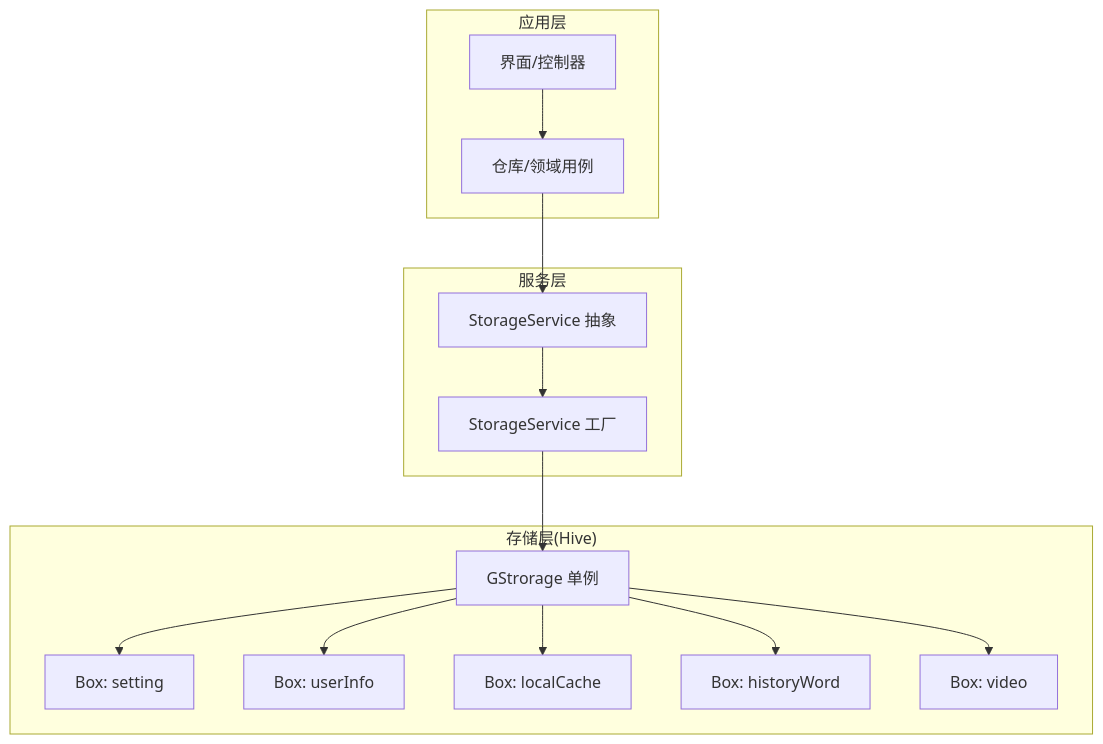
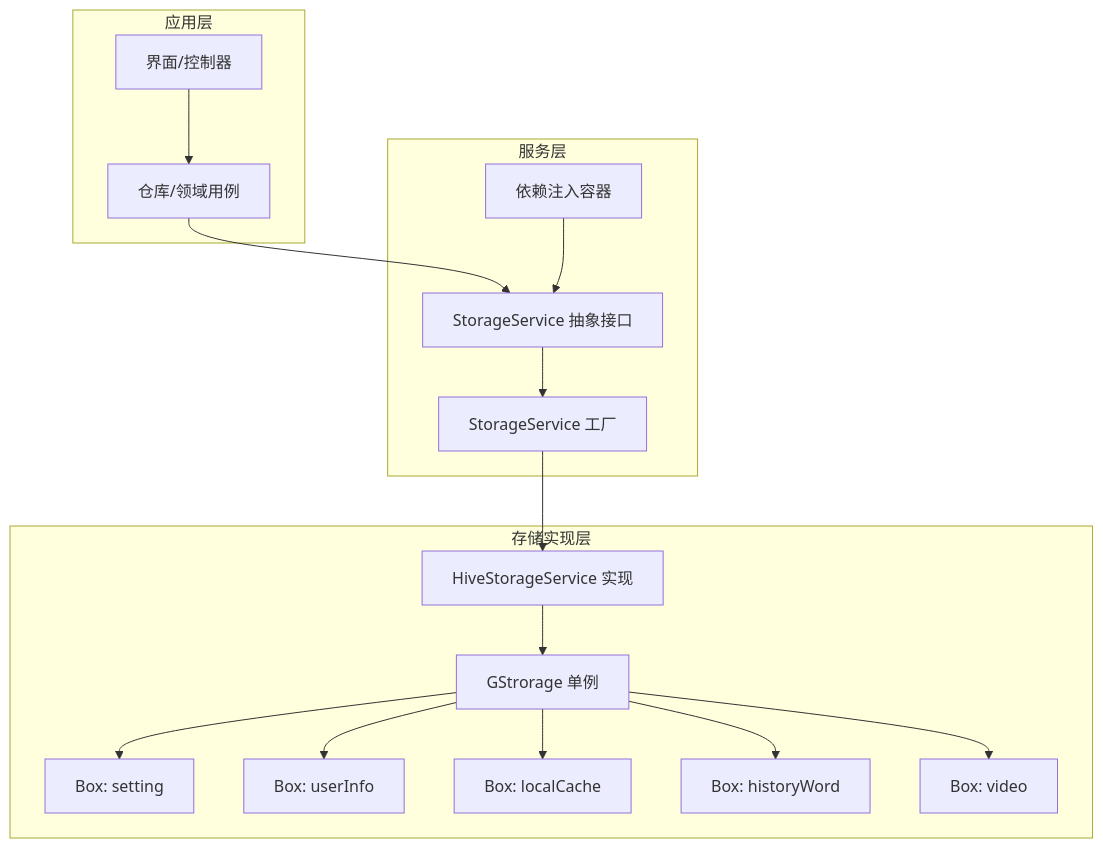
Before and after one commit to justLXX/pilipala: the first of 4 diagrams in .qoder/repowiki/zh/content/架构设计/存储系统.md, drawn with Mermaid. The commit also changed other lines of this file and 194 other files, not shown here.

````diff
--- a/.qoder/repowiki/zh/content/架构设计/存储系统.md
+++ b/.qoder/repowiki/zh/content/架构设计/存储系统.md
@@ -33,28 +42,32 @@
 ```mermaid
 graph TB
 subgraph "应用层"
 UI["界面/控制器"]
 Repo["仓库/领域用例"]
 end
 subgraph "服务层"
-Svc["StorageService 抽象"]
+Svc["StorageService 抽象接口"]
 Factory["StorageService 工厂"]
+DI["依赖注入容器"]
 end
-subgraph "存储层(Hive)"
-Gs["GStrorage 单例"]
+subgraph "存储实现层"
+HiveImpl["HiveStorageService 实现"]
+GStrorage["GStrorage 单例"]
 Box_setting["Box: setting"]
 Box_userInfo["Box: userInfo"]
 Box_localCache["Box: localCache"]
 Box_history["Box: historyWord"]
 Box_video["Box: video"]
 end
 UI --> Repo
 Repo --> Svc
 Svc --> Factory
-Factory --> Gs
-Gs --> Box_setting
-Gs --> Box_userInfo
-Gs --> Box_localCache
-Gs --> Box_history
-Gs --> Box_video
+Factory --> HiveImpl
+DI --> Svc
+HiveImpl --> GStrorage
+GStrorage --> Box_setting
+GStrorage --> Box_userInfo
+GStrorage --> Box_localCache
+GStrorage --> Box_history
+GStrorage --> Box_video
 ```
````
